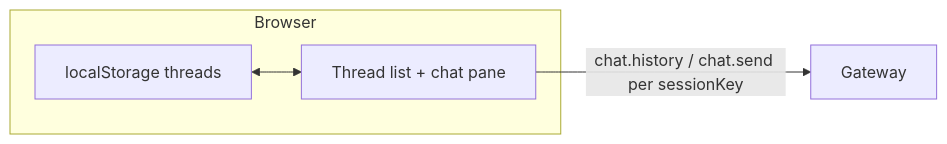
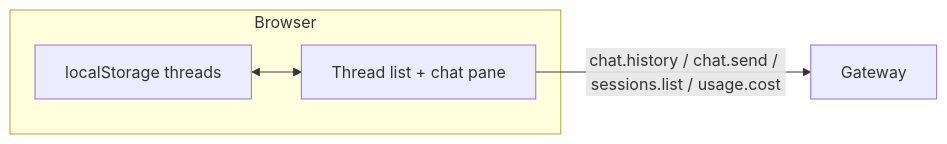
The diagram in docs/multiple-chat-threads.md (daledesilva/openclaw-ui), drawn with Mermaid before and after one commit. The commit also changed other lines of this file and 17 other files, not shown here.

````diff
--- a/docs/multiple-chat-threads.md
+++ b/docs/multiple-chat-threads.md
@@ -9,10 +9,10 @@
 ```mermaid
 flowchart LR
   subgraph browser [Browser]
     LS["localStorage threads"]
     UI[Thread list + chat pane]
   end
   GW[Gateway]
   LS <--> UI
-  UI -->|"chat.history / chat.send per sessionKey"| GW
+  UI -->|"chat.history / chat.send / sessions.list / usage.cost"| GW
 ```
````
